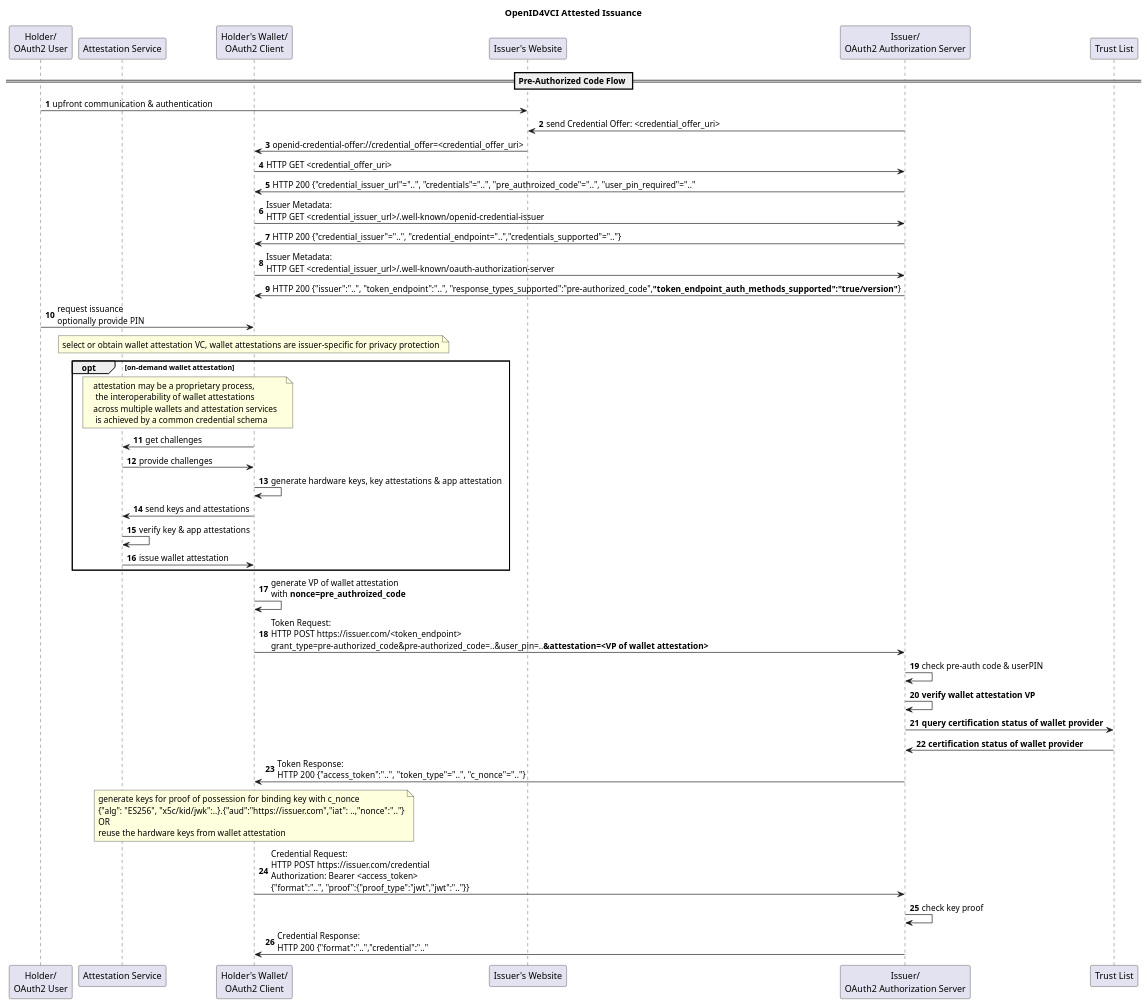
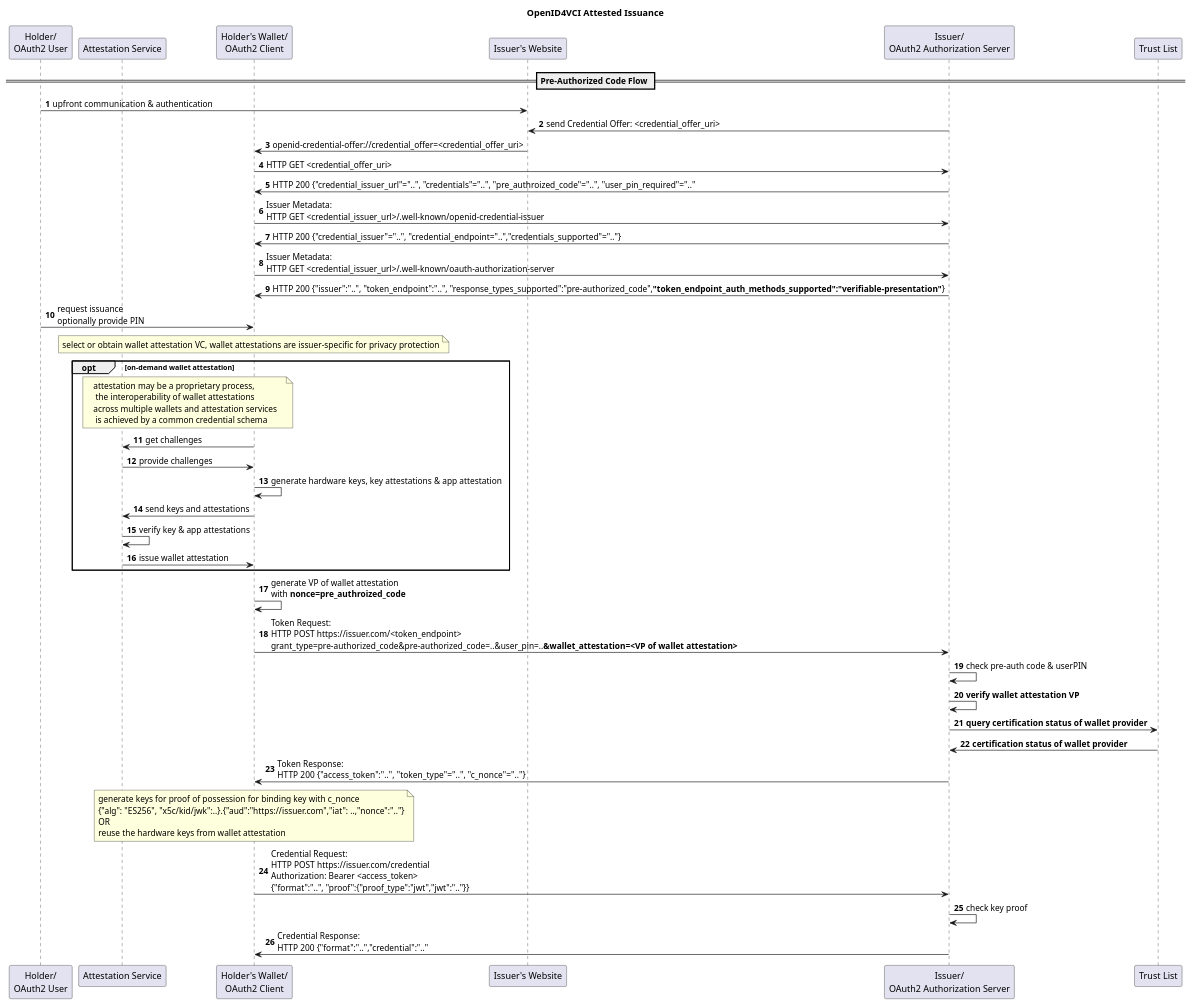
One commit to IDunion/hackathon changed the diagram in Attestation/issuance_flow.puml. Above: the diagram before and after it, drawn with PlantUML.

Commit message:
updated latest attestation ideas

```diff
--- a/Attestation/issuance_flow.puml
+++ b/Attestation/issuance_flow.puml
@@ -1,57 +1,57 @@
 @startuml
 'https://plantuml.com/sequence-diagram
 
 title OpenID4VCI Attested Issuance
 
 autonumber
 
 participant u as "Holder/\nOAuth2 User"
 participant a as "Attestation Service"
 participant w as "Holder's Wallet/\nOAuth2 Client"
 participant b as "Issuer's Website"
 participant i as "Issuer/\nOAuth2 Authorization Server"
 participant t as "Trust List"
 
 == Pre-Authorized Code Flow ==
 u -> b : upfront communication & authentication
 
 i -> b : send Credential Offer: <credential_offer_uri>
 b -> w : openid-credential-offer://credential_offer=<credential_offer_uri>
 
 w -> i : HTTP GET <credential_offer_uri>
 i -> w : HTTP 200 {"credential_issuer_url"="..", "credentials"="..", "pre_authroized_code"="..", "user_pin_required"=".."
 
 w -> i : Issuer Metadata:\nHTTP GET <credential_issuer_url>/.well-known/openid-credential-issuer
 i -> w : HTTP 200 {"credential_issuer"="..", "credential_endpoint="..","credentials_supported"=".."}
 
 w -> i : Issuer Metadata:\nHTTP GET <credential_issuer_url>/.well-known/oauth-authorization-server
-i -> w : HTTP 200 {"issuer":"..", "token_endpoint":"..", "response_types_supported":"pre-authorized_code",**"token_endpoint_auth_methods_supported":"true/version"**}
+i -> w : HTTP 200 {"issuer":"..", "token_endpoint":"..", "response_types_supported":"pre-authorized_code",**"token_endpoint_auth_methods_supported":"verifiable-presentation"**}
 
 u -> w : request issuance\noptionally provide PIN
 
 note over w: select or obtain wallet attestation VC, wallet attestations are issuer-specific for privacy protection
 opt on-demand wallet attestation
 note over w,a: attestation may be a proprietary process,\n the interoperability of wallet attestations\nacross multiple wallets and attestation services\n is achieved by a common credential schema
 w -> a : get challenges
 a -> w : provide challenges
 w -> w : generate hardware keys, key attestations & app attestation
 w -> a : send keys and attestations
 a -> a : verify key & app attestations
 a -> w : issue wallet attestation
 end
 
 w -> w : generate VP of wallet attestation\nwith **nonce=pre_authroized_code**
 
-w -> i : Token Request:\nHTTP POST https://issuer.com/<token_endpoint>\ngrant_type=pre-authorized_code&pre-authorized_code=..&user_pin=..**&attestation=<VP of wallet attestation>**
+w -> i : Token Request:\nHTTP POST https://issuer.com/<token_endpoint>\ngrant_type=pre-authorized_code&pre-authorized_code=..&user_pin=..**&wallet_attestation=<VP of wallet attestation>**
 i -> i : check pre-auth code & userPIN
 i -> i : **verify wallet attestation VP**
 i -> t : **query certification status of wallet provider**
 t -> i : **certification status of wallet provider**
 i -> w : Token Response:\nHTTP 200  {"access_token":"..", "token_type"="..", "c_nonce"=".."}
 
 note over w : generate keys for proof of possession for binding key with c_nonce\n{"alg": "ES256", "x5c/kid/jwk":..}.{"aud":"https://issuer.com","iat": ..,"nonce":".."}\nOR\nreuse the hardware keys from wallet attestation
 w -> i : Credential Request:\nHTTP POST https://issuer.com/credential\nAuthorization: Bearer <access_token>\n{"format":"..", "proof":{"proof_type":"jwt","jwt":".."}}
 i -> i : check key proof
 i -> w : Credential Response:\nHTTP 200 {"format":"..","credential":".."
 
 @enduml
```
